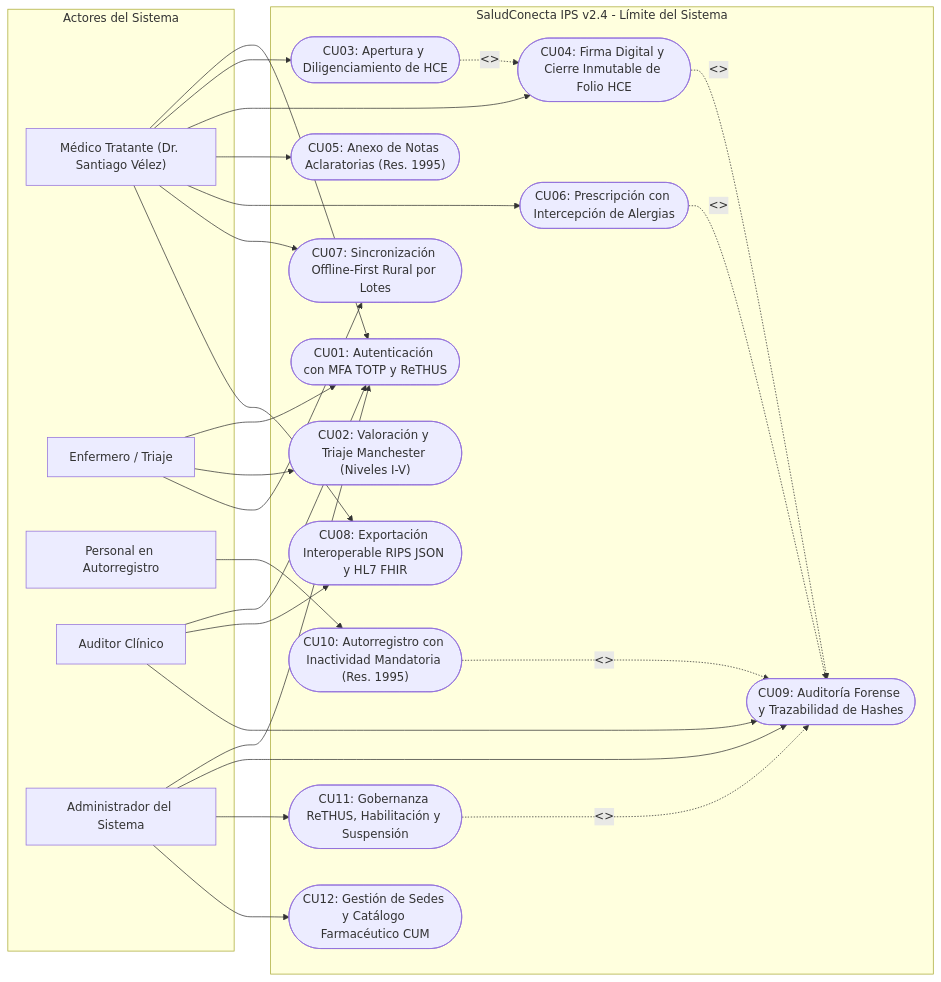
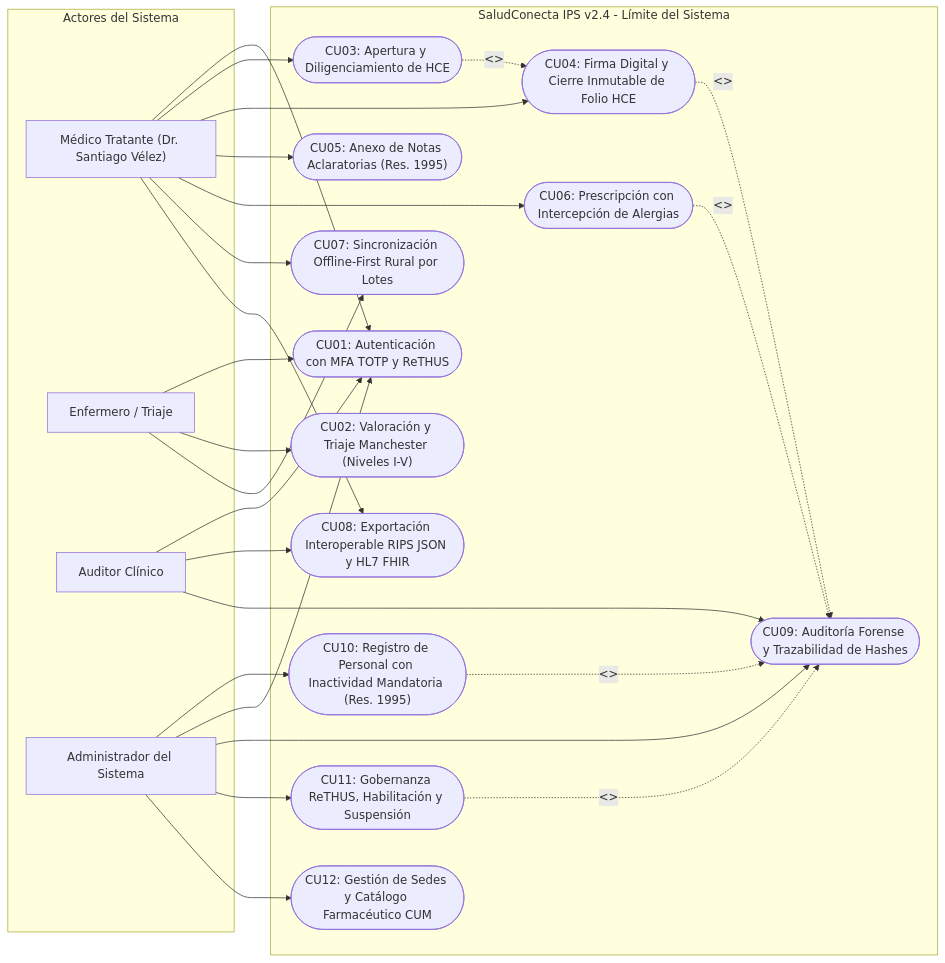
The diagram in docs/diagrams/01_casos_de_uso.mmd (ThiagoVelez/Proyecto_felipe), drawn with Mermaid before and after one commit. The commit also changed 23 other files, not shown here.

First line of the commit message:
feat(auth): restringir registro de personal al admin, eliminar login simulado y desplegar sedes en acordeon

```diff
--- a/docs/diagrams/01_casos_de_uso.mmd
+++ b/docs/diagrams/01_casos_de_uso.mmd
@@ -1,52 +1,51 @@
 flowchart LR
     subgraph Actores ["Actores del Sistema"]
         Medico["Médico Tratante (Dr. Santiago Vélez)"]
         Enfermero["Enfermero / Triaje"]
-        Postulante["Personal en Autorregistro"]
         Auditor["Auditor Clínico"]
         Admin["Administrador del Sistema"]
     end
 
     subgraph Sistema ["SaludConecta IPS v2.4 - Límite del Sistema"]
         CU01(["CU01: Autenticación con MFA TOTP y ReTHUS"])
         CU02(["CU02: Valoración y Triaje Manchester (Niveles I-V)"])
         CU03(["CU03: Apertura y Diligenciamiento de HCE"])
         CU04(["CU04: Firma Digital y Cierre Inmutable de Folio HCE"])
         CU05(["CU05: Anexo de Notas Aclaratorias (Res. 1995)"])
         CU06(["CU06: Prescripción con Intercepción de Alergias"])
         CU07(["CU07: Sincronización Offline-First Rural por Lotes"])
         CU08(["CU08: Exportación Interoperable RIPS JSON y HL7 FHIR"])
         CU09(["CU09: Auditoría Forense y Trazabilidad de Hashes"])
-        CU10(["CU10: Autorregistro con Inactividad Mandatoria (Res. 1995)"])
+        CU10(["CU10: Registro de Personal con Inactividad Mandatoria (Res. 1995)"])
         CU11(["CU11: Gobernanza ReTHUS, Habilitación y Suspensión"])
         CU12(["CU12: Gestión de Sedes y Catálogo Farmacéutico CUM"])
     end
 
-    Postulante --> CU10
+    Admin --> CU10
     CU10 -.->|"<<include>>"| CU09
 
     Medico --> CU01
     Medico --> CU03
     Medico --> CU04
     Medico --> CU05
     Medico --> CU06
     Medico --> CU07
     Medico --> CU08
 
     Enfermero --> CU01
     Enfermero --> CU02
     Enfermero --> CU07
 
     Auditor --> CU01
     Auditor --> CU08
     Auditor --> CU09
 
     Admin --> CU01
     Admin --> CU09
     Admin --> CU11
     Admin --> CU12
 
     CU11 -.->|"<<include>>"| CU09
     CU04 -.->|"<<include>>"| CU09
     CU06 -.->|"<<include>>"| CU09
     CU03 -.->|"<<include>>"| CU04
```
